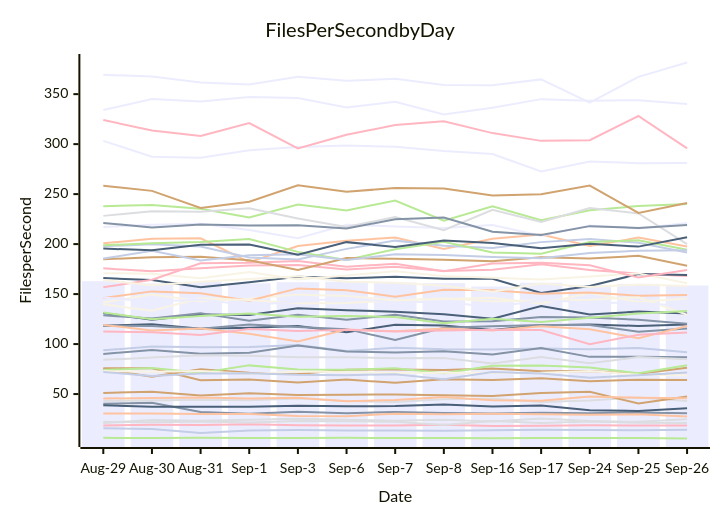
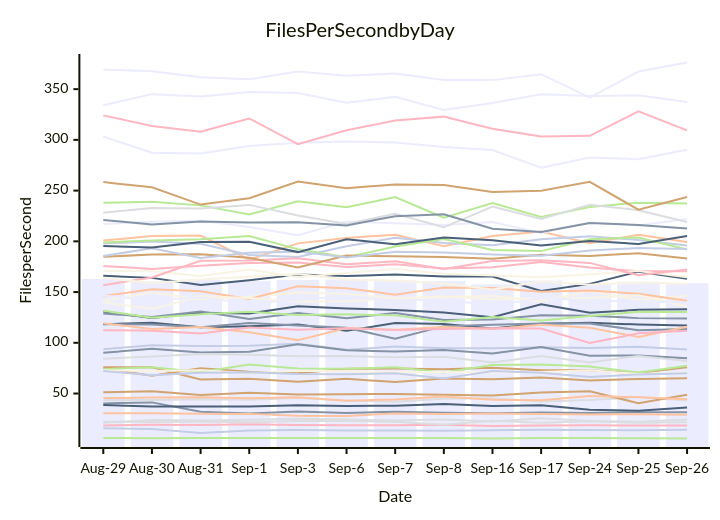
Before and after one commit to streetsidesoftware/cspell: the diagram in perf-report.md, drawn with Mermaid. The commit also changed other lines of this file and 1 other file, not shown here.

````diff
--- a/perf-report.md
+++ b/perf-report.md
@@ -10,57 +10,57 @@
 ```mermaid
 xychart-beta
     title Files Per Second by Day
     y-axis Files per Second
     x-axis Date [Aug-29, Aug-30, Aug-31, Sep-1, Sep-3, Sep-6, Sep-7, Sep-8, Sep-16, Sep-17, Sep-24, Sep-25, Sep-26]
-    bar [162.91, 160.67, 162.16, 160.72, 161.93, 162.34, 161.56, 160.97, 157.55, 161.35, 159.12, 160.20, 158.58]
-    line [40.28, 41.27, 31.95, 30.26, 32.20, 30.88, 32.09, 31.08, 30.60, 31.19, 30.72, 31.67, 30.87]
-    line [200.76, 205.32, 205.73, 181.85, 198.01, 203.39, 206.55, 195.11, 205.27, 209.68, 198.18, 206.47, 197.56]
-    line [43.35, 43.55, 44.33, 43.81, 45.60, 43.01, 41.97, 44.80, 45.26, 42.13, 43.68, 46.57, 42.98]
-    line [6.20, 6.04, 6.23, 6.06, 6.09, 6.20, 6.14, 6.11, 5.78, 6.14, 6.07, 5.98, 5.55]
-    line [75.85, 75.82, 63.83, 64.49, 61.65, 64.50, 61.26, 64.86, 63.96, 65.83, 62.91, 64.44, 64.12]
-    line [93.72, 97.65, 96.80, 96.99, 99.11, 93.19, 96.28, 94.70, 94.66, 95.59, 94.92, 96.04, 91.77]
-    line [18.45, 19.29, 19.08, 19.71, 18.88, 18.65, 18.65, 19.33, 18.07, 18.42, 18.78, 18.52, 18.50]
-    line [118.37, 119.80, 115.33, 116.38, 118.04, 111.85, 119.40, 118.51, 114.20, 118.71, 119.64, 118.05, 119.66]
-    line [141.62, 149.48, 142.85, 145.28, 149.46, 148.18, 143.83, 145.01, 146.41, 140.36, 151.00, 142.17, 145.53]
-    line [303.29, 287.37, 286.48, 293.90, 297.13, 298.52, 297.48, 293.09, 290.03, 272.63, 282.67, 280.96, 281.08]
-    line [90.17, 94.03, 90.40, 91.22, 98.55, 92.55, 91.52, 92.79, 89.51, 95.95, 87.21, 87.42, 86.71]
-    line [30.59, 30.45, 30.07, 29.95, 28.16, 27.92, 30.43, 29.89, 30.21, 29.92, 29.23, 29.70, 27.61]
-    line [21.16, 23.95, 23.30, 24.27, 25.24, 24.42, 23.30, 24.35, 22.54, 25.54, 23.00, 22.21, 24.76]
-    line [237.91, 239.06, 235.45, 226.56, 239.54, 233.61, 243.66, 223.35, 237.82, 223.98, 233.86, 238.09, 240.23]
-    line [74.92, 67.44, 74.93, 71.42, 69.97, 74.43, 74.58, 74.02, 75.50, 72.83, 73.03, 70.23, 76.23]
-    line [15.75, 15.00, 11.10, 13.64, 14.09, 13.63, 13.57, 13.40, 13.81, 14.35, 14.04, 13.83, 14.19]
-    line [175.74, 172.74, 175.87, 178.56, 179.08, 174.59, 177.44, 173.15, 174.36, 179.74, 174.18, 170.43, 168.21]
-    line [166.00, 163.99, 156.90, 161.76, 167.23, 165.73, 167.27, 165.39, 165.37, 151.18, 158.06, 170.07, 169.06]
-    line [170.94, 170.42, 165.85, 172.14, 164.57, 168.71, 172.84, 167.97, 166.22, 164.57, 167.61, 170.71, 160.85]
-    line [334.12, 345.07, 342.66, 347.17, 346.14, 336.60, 342.41, 329.55, 336.36, 345.01, 343.35, 343.97, 340.10]
-    line [118.41, 118.01, 115.40, 119.50, 117.17, 114.93, 104.04, 116.42, 117.89, 118.96, 119.04, 112.27, 115.57]
-    line [119.18, 113.59, 115.52, 110.36, 102.65, 114.46, 112.83, 115.47, 113.56, 117.79, 114.76, 105.80, 118.06]
-    line [22.23, 21.90, 22.46, 21.60, 23.03, 22.85, 22.27, 19.18, 23.11, 21.10, 22.62, 21.27, 21.03]
-    line [74.03, 75.97, 71.20, 78.69, 74.68, 74.33, 75.84, 70.78, 78.20, 78.52, 76.56, 70.74, 78.83]
-    line [51.15, 52.21, 48.60, 50.89, 48.97, 49.35, 49.58, 48.85, 47.97, 51.02, 52.29, 40.48, 47.66]
-    line [197.82, 199.85, 197.57, 186.50, 184.53, 195.23, 203.47, 198.25, 196.22, 201.98, 205.02, 201.39, 191.68]
-    line [156.76, 164.43, 180.88, 181.23, 183.21, 177.43, 180.28, 172.77, 180.61, 181.38, 178.77, 166.50, 174.08]
-    line [130.95, 124.42, 129.63, 128.97, 135.94, 133.80, 132.37, 129.87, 125.28, 138.07, 129.51, 132.51, 130.66]
-    line [72.99, 72.24, 73.05, 70.19, 72.55, 71.94, 71.15, 71.34, 71.01, 71.23, 73.00, 69.32, 68.79]
-    line [217.16, 219.42, 220.41, 214.04, 205.97, 219.44, 217.73, 216.08, 219.15, 208.36, 218.68, 215.66, 221.05]
-    line [128.83, 125.51, 130.73, 123.39, 129.29, 124.27, 129.39, 122.55, 122.88, 127.08, 126.63, 124.32, 120.24]
-    line [146.03, 152.71, 150.80, 143.28, 155.69, 153.87, 147.46, 154.39, 153.96, 150.40, 151.64, 148.32, 149.00]
-    line [228.23, 232.86, 232.26, 235.92, 225.53, 217.15, 227.16, 213.82, 234.37, 222.15, 235.99, 230.67, 200.06]
-    line [198.91, 200.77, 202.09, 205.14, 192.22, 184.22, 194.88, 202.40, 191.56, 190.37, 202.02, 203.87, 194.31]
-    line [184.77, 186.94, 187.25, 183.77, 174.20, 186.05, 185.31, 184.47, 182.86, 186.84, 185.48, 188.32, 178.27]
-    line [185.55, 193.26, 183.54, 188.75, 189.86, 184.03, 189.81, 189.01, 187.14, 185.91, 190.99, 193.37, 193.85]
-    line [112.47, 111.83, 109.19, 115.12, 112.97, 114.35, 112.51, 113.70, 114.44, 114.03, 99.84, 109.30, 111.69]
-    line [38.79, 37.24, 37.32, 37.33, 38.42, 37.82, 37.98, 39.62, 37.64, 38.51, 33.90, 33.12, 35.78]
-    line [139.89, 133.31, 145.80, 144.08, 140.79, 141.02, 143.66, 145.59, 142.94, 143.60, 144.39, 146.81, 129.29]
-    line [369.32, 367.60, 361.65, 359.68, 367.46, 363.32, 365.30, 359.11, 358.89, 364.75, 341.57, 367.34, 381.65]
-    line [221.13, 216.69, 219.64, 218.57, 218.78, 215.63, 224.82, 226.65, 212.42, 209.15, 217.97, 216.10, 219.02]
-    line [45.50, 46.05, 46.44, 45.45, 46.41, 42.91, 44.10, 47.18, 43.88, 43.41, 47.56, 46.43, 45.71]
-    line [84.25, 86.47, 88.91, 88.27, 86.74, 86.90, 85.78, 86.18, 80.59, 86.98, 80.71, 87.03, 84.89]
-    line [131.60, 124.76, 128.19, 130.51, 127.29, 128.13, 127.03, 120.72, 125.41, 122.07, 126.43, 130.53, 133.00]
-    line [258.39, 253.25, 236.21, 242.44, 258.87, 252.44, 256.07, 255.58, 248.63, 249.79, 258.60, 231.14, 241.17]
-    line [72.12, 68.00, 70.47, 70.89, 69.29, 68.94, 69.89, 64.77, 72.12, 70.50, 66.34, 68.88, 71.66]
-    line [324.16, 313.60, 308.04, 321.08, 295.70, 309.43, 319.09, 322.91, 311.02, 303.26, 304.00, 328.11, 295.79]
-    line [195.50, 193.96, 199.31, 199.53, 189.39, 201.97, 197.12, 203.70, 201.07, 195.90, 200.29, 197.49, 206.75]
-    line [164.02, 158.84, 162.35, 165.15, 167.75, 162.42, 161.26, 158.45, 152.45, 160.47, 157.19, 159.48, 158.19]
-    line [146.55, 142.25, 144.70, 138.76, 142.53, 146.03, 141.67, 142.57, 136.52, 144.05, 141.65, 140.89, 138.42]
+    bar [162.91, 160.67, 162.16, 160.72, 161.93, 162.34, 161.56, 160.97, 157.55, 161.35, 159.12, 160.20, 158.85]
+    line [40.28, 41.27, 31.95, 30.26, 32.20, 30.88, 32.09, 31.08, 30.60, 31.19, 30.72, 31.67, 31.52]
+    line [200.76, 205.32, 205.73, 181.85, 198.01, 203.39, 206.55, 195.11, 205.27, 209.68, 198.18, 206.47, 199.39]
+    line [43.35, 43.55, 44.33, 43.81, 45.60, 43.01, 41.97, 44.80, 45.26, 42.13, 43.68, 46.57, 43.13]
+    line [6.20, 6.04, 6.23, 6.06, 6.09, 6.20, 6.14, 6.11, 5.78, 6.14, 6.07, 5.98, 5.68]
+    line [75.85, 75.82, 63.83, 64.49, 61.65, 64.50, 61.26, 64.86, 63.96, 65.83, 62.91, 64.44, 65.18]
+    line [93.72, 97.65, 96.80, 96.99, 99.11, 93.19, 96.28, 94.70, 94.66, 95.59, 94.92, 96.04, 93.49]
+    line [18.45, 19.29, 19.08, 19.71, 18.88, 18.65, 18.65, 19.33, 18.07, 18.42, 18.78, 18.52, 18.42]
+    line [118.37, 119.80, 115.33, 116.38, 118.04, 111.85, 119.40, 118.51, 114.20, 118.71, 119.64, 118.05, 116.99]
+    line [141.62, 149.48, 142.85, 145.28, 149.46, 148.18, 143.83, 145.01, 146.41, 140.36, 151.00, 142.17, 146.26]
+    line [303.29, 287.37, 286.48, 293.90, 297.13, 298.52, 297.48, 293.09, 290.03, 272.63, 282.67, 280.96, 290.36]
+    line [90.17, 94.03, 90.40, 91.22, 98.55, 92.55, 91.52, 92.79, 89.51, 95.95, 87.21, 87.42, 84.85]
+    line [30.59, 30.45, 30.07, 29.95, 28.16, 27.92, 30.43, 29.89, 30.21, 29.92, 29.23, 29.70, 28.98]
+    line [21.16, 23.95, 23.30, 24.27, 25.24, 24.42, 23.30, 24.35, 22.54, 25.54, 23.00, 22.21, 24.38]
+    line [237.91, 239.06, 235.45, 226.56, 239.54, 233.61, 243.66, 223.35, 237.82, 223.98, 233.86, 238.09, 237.21]
+    line [74.92, 67.44, 74.93, 71.42, 69.97, 74.43, 74.58, 74.02, 75.50, 72.83, 73.03, 70.23, 75.87]
+    line [15.75, 15.00, 11.10, 13.64, 14.09, 13.63, 13.57, 13.40, 13.81, 14.35, 14.04, 13.83, 14.23]
+    line [175.74, 172.74, 175.87, 178.56, 179.08, 174.59, 177.44, 173.15, 174.36, 179.74, 174.18, 170.43, 170.45]
+    line [166.00, 163.99, 156.90, 161.76, 167.23, 165.73, 167.27, 165.39, 165.37, 151.18, 158.06, 170.07, 163.11]
+    line [170.94, 170.42, 165.85, 172.14, 164.57, 168.71, 172.84, 167.97, 166.22, 164.57, 167.61, 170.71, 164.68]
+    line [334.12, 345.07, 342.66, 347.17, 346.14, 336.60, 342.41, 329.55, 336.36, 345.01, 343.35, 343.97, 337.30]
+    line [118.41, 118.01, 115.40, 119.50, 117.17, 114.93, 104.04, 116.42, 117.89, 118.96, 119.04, 112.27, 113.64]
+    line [119.18, 113.59, 115.52, 110.36, 102.65, 114.46, 112.83, 115.47, 113.56, 117.79, 114.76, 105.80, 115.76]
+    line [22.23, 21.90, 22.46, 21.60, 23.03, 22.85, 22.27, 19.18, 23.11, 21.10, 22.62, 21.27, 21.60]
+    line [74.03, 75.97, 71.20, 78.69, 74.68, 74.33, 75.84, 70.78, 78.20, 78.52, 76.56, 70.74, 77.36]
+    line [51.15, 52.21, 48.60, 50.89, 48.97, 49.35, 49.58, 48.85, 47.97, 51.02, 52.29, 40.48, 48.89]
+    line [197.82, 199.85, 197.57, 186.50, 184.53, 195.23, 203.47, 198.25, 196.22, 201.98, 205.02, 201.39, 195.94]
+    line [156.76, 164.43, 180.88, 181.23, 183.21, 177.43, 180.28, 172.77, 180.61, 181.38, 178.77, 166.50, 172.24]
+    line [130.95, 124.42, 129.63, 128.97, 135.94, 133.80, 132.37, 129.87, 125.28, 138.07, 129.51, 132.51, 133.16]
+    line [72.99, 72.24, 73.05, 70.19, 72.55, 71.94, 71.15, 71.34, 71.01, 71.23, 73.00, 69.32, 70.55]
+    line [217.16, 219.42, 220.41, 214.04, 205.97, 219.44, 217.73, 216.08, 219.15, 208.36, 218.68, 215.66, 222.06]
+    line [128.83, 125.51, 130.73, 123.39, 129.29, 124.27, 129.39, 122.55, 122.88, 127.08, 126.63, 124.32, 123.86]
+    line [146.03, 152.71, 150.80, 143.28, 155.69, 153.87, 147.46, 154.39, 153.96, 150.40, 151.64, 148.32, 141.41]
+    line [228.23, 232.86, 232.26, 235.92, 225.53, 217.15, 227.16, 213.82, 234.37, 222.15, 235.99, 230.67, 219.04]
+    line [198.91, 200.77, 202.09, 205.14, 192.22, 184.22, 194.88, 202.40, 191.56, 190.37, 202.02, 203.87, 192.01]
+    line [184.77, 186.94, 187.25, 183.77, 174.20, 186.05, 185.31, 184.47, 182.86, 186.84, 185.48, 188.32, 183.01]
+    line [185.55, 193.26, 183.54, 188.75, 189.86, 184.03, 189.81, 189.01, 187.14, 185.91, 190.99, 193.37, 192.37]
+    line [112.47, 111.83, 109.19, 115.12, 112.97, 114.35, 112.51, 113.70, 114.44, 114.03, 99.84, 109.30, 111.81]
+    line [38.79, 37.24, 37.32, 37.33, 38.42, 37.82, 37.98, 39.62, 37.64, 38.51, 33.90, 33.12, 36.15]
+    line [139.89, 133.31, 145.80, 144.08, 140.79, 141.02, 143.66, 145.59, 142.94, 143.60, 144.39, 146.81, 135.80]
+    line [369.32, 367.60, 361.65, 359.68, 367.46, 363.32, 365.30, 359.11, 358.89, 364.75, 341.57, 367.34, 376.26]
+    line [221.13, 216.69, 219.64, 218.57, 218.78, 215.63, 224.82, 226.65, 212.42, 209.15, 217.97, 216.10, 212.71]
+    line [45.50, 46.05, 46.44, 45.45, 46.41, 42.91, 44.10, 47.18, 43.88, 43.41, 47.56, 46.43, 44.28]
+    line [84.25, 86.47, 88.91, 88.27, 86.74, 86.90, 85.78, 86.18, 80.59, 86.98, 80.71, 87.03, 82.08]
+    line [131.60, 124.76, 128.19, 130.51, 127.29, 128.13, 127.03, 120.72, 125.41, 122.07, 126.43, 130.53, 130.33]
+    line [258.39, 253.25, 236.21, 242.44, 258.87, 252.44, 256.07, 255.58, 248.63, 249.79, 258.60, 231.14, 243.74]
+    line [72.12, 68.00, 70.47, 70.89, 69.29, 68.94, 69.89, 64.77, 72.12, 70.50, 66.34, 68.88, 70.01]
+    line [324.16, 313.60, 308.04, 321.08, 295.70, 309.43, 319.09, 322.91, 311.02, 303.26, 304.00, 328.11, 309.34]
+    line [195.50, 193.96, 199.31, 199.53, 189.39, 201.97, 197.12, 203.70, 201.07, 195.90, 200.29, 197.49, 205.32]
+    line [164.02, 158.84, 162.35, 165.15, 167.75, 162.42, 161.26, 158.45, 152.45, 160.47, 157.19, 159.48, 158.08]
+    line [146.55, 142.25, 144.70, 138.76, 142.53, 146.03, 141.67, 142.57, 136.52, 144.05, 141.65, 140.89, 139.38]
 ```
````
